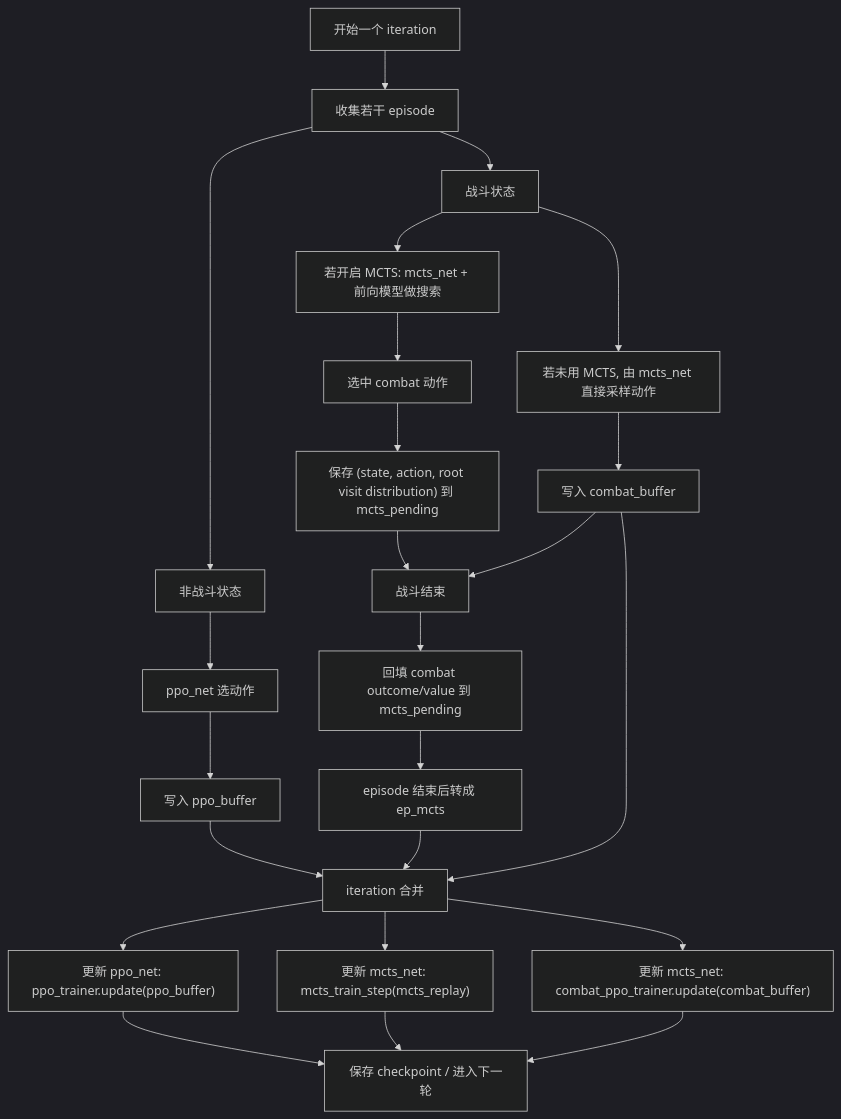
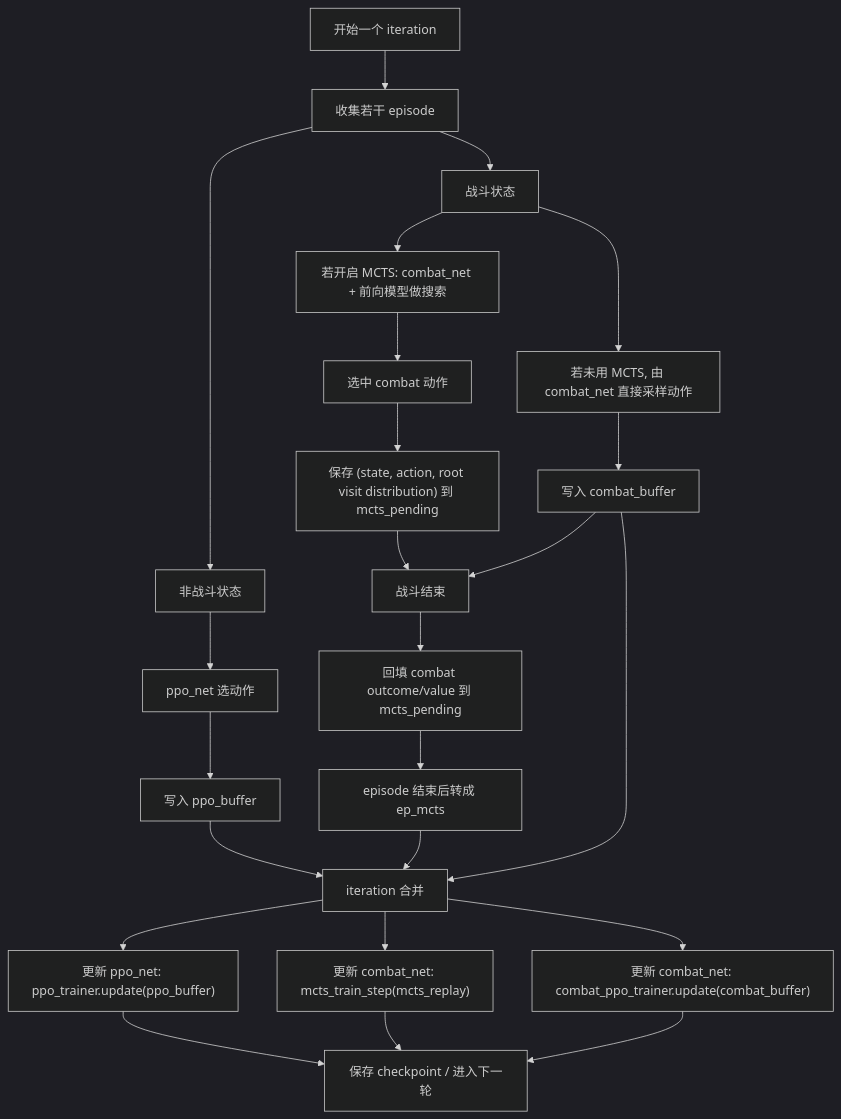
One commit to frankqwang/sts2-ai changed the diagram in STS2AI/docs/archive/MCTS正式训练接入说明.md. Above: the diagram before and after it, drawn with Mermaid (dark theme). The commit also changed 8 other files, not shown here.

````diff
--- a/STS2AI/docs/archive/MCTS正式训练接入说明.md
+++ b/STS2AI/docs/archive/MCTS正式训练接入说明.md
@@ -67,34 +67,34 @@
 ```mermaid
 flowchart TD
     A["开始一个 iteration"] --> B["收集若干 episode"]
 
     B --> C["非战斗状态"]
     C --> D["ppo_net 选动作"]
     D --> E["写入 ppo_buffer"]
 
     B --> F["战斗状态"]
-    F --> G["若开启 MCTS: mcts_net + 前向模型做搜索"]
+    F --> G["若开启 MCTS: combat_net + 前向模型做搜索"]
     G --> H["选中 combat 动作"]
     H --> I["保存 (state, action, root visit distribution) 到 mcts_pending"]
 
-    F --> J["若未用 MCTS, 由 mcts_net 直接采样动作"]
+    F --> J["若未用 MCTS, 由 combat_net 直接采样动作"]
     J --> K["写入 combat_buffer"]
 
     I --> L["战斗结束"]
     K --> L
     L --> M["回填 combat outcome/value 到 mcts_pending"]
     M --> N["episode 结束后转成 ep_mcts"]
 
     E --> O["iteration 合并"]
     N --> O
     K --> O
 
     O --> P["更新 ppo_net: ppo_trainer.update(ppo_buffer)"]
-    O --> Q["更新 mcts_net: mcts_train_step(mcts_replay)"]
-    O --> R["更新 mcts_net: combat_ppo_trainer.update(combat_buffer)"]
+    O --> Q["更新 combat_net: mcts_train_step(mcts_replay)"]
+    O --> R["更新 combat_net: combat_ppo_trainer.update(combat_buffer)"]
 
     P --> S["保存 checkpoint / 进入下一轮"]
     Q --> S
     R --> S
 
 ```
````
